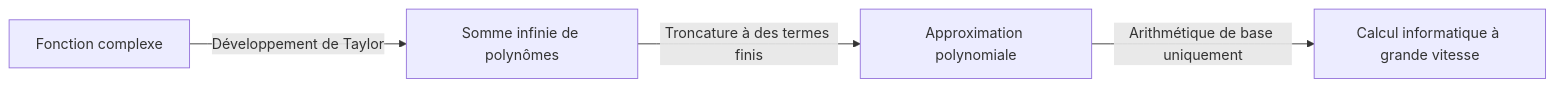
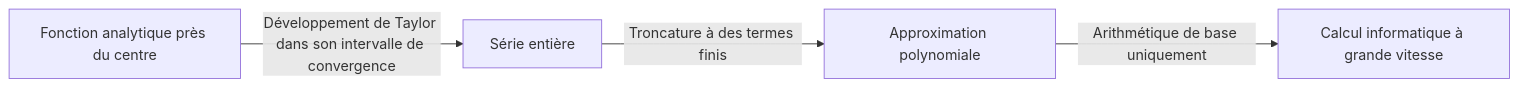
Before and after one commit to kenjinote/blog: the diagram in content/post/taylor-and-maclaurin-series/index.fr.md, drawn with Mermaid. The commit also changed other lines of this file and 10 other files, not shown here.

````diff
--- a/content/post/taylor-and-maclaurin-series/index.fr.md
+++ b/content/post/taylor-and-maclaurin-series/index.fr.md
@@ -25,6 +26,6 @@
 ```mermaid
 flowchart LR
-    A["Fonction complexe"] -->|"Développement de Taylor"| B["Somme infinie de polynômes"]
+    A["Fonction analytique près du centre"] -->|"Développement de Taylor dans son intervalle de convergence"| B["Série entière"]
     B -->|"Troncature à des termes finis"| C["Approximation polynomiale"]
     C -->|"Arithmétique de base uniquement"| D["Calcul informatique à grande vitesse"]
 ```
````
